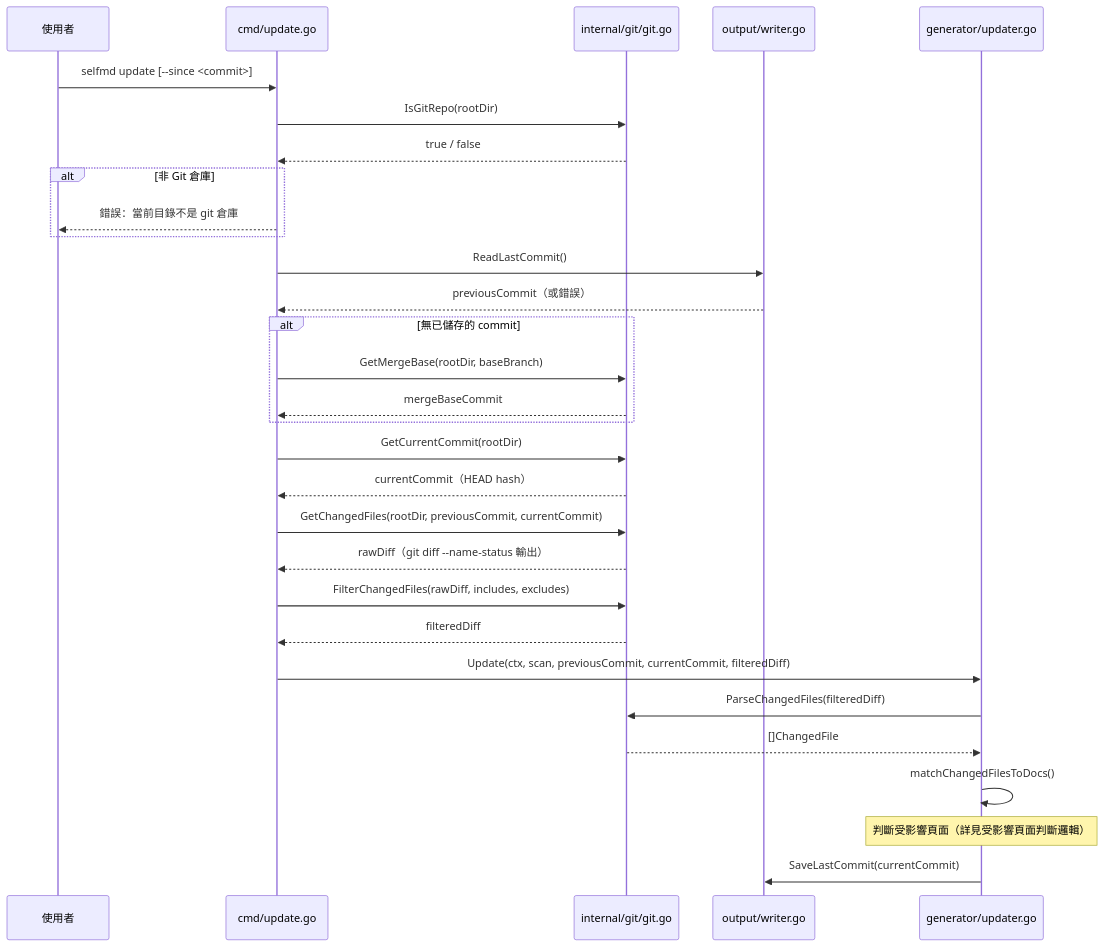
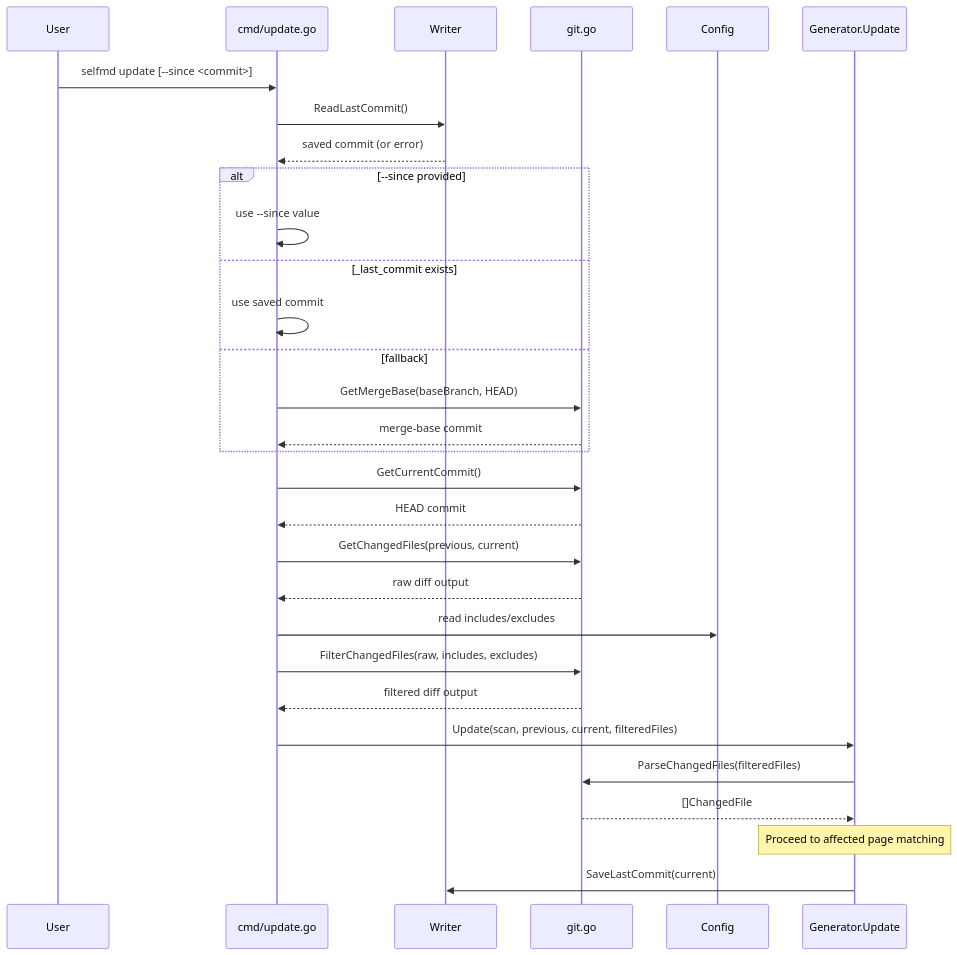
One commit to monkenWu/selfmd-claude-code changed the third of 3 diagrams in docs/git-integration/change-detection/index.md. Above: the diagram before and after it, drawn with Mermaid. The commit also changed other lines of this file and 145 other files, not shown here.

````diff
--- a/docs/git-integration/change-detection/index.md
+++ b/docs/git-integration/change-detection/index.md
@@ -250,42 +241,33 @@
 ```mermaid
 sequenceDiagram
-    participant User as 使用者
+    participant User
     participant UpdateCmd as cmd/update.go
-    participant Git as internal/git/git.go
-    participant Writer as output/writer.go
-    participant Updater as generator/updater.go
+    participant Writer as Writer
+    participant Git as git.go
+    participant Config as Config
+    participant Updater as Generator.Update
 
     User->>UpdateCmd: selfmd update [--since <commit>]
-    UpdateCmd->>Git: IsGitRepo(rootDir)
-    Git-->>UpdateCmd: true / false
-
-    alt 非 Git 倉庫
-        UpdateCmd-->>User: 錯誤：當前目錄不是 git 倉庫
+    UpdateCmd->>Writer: ReadLastCommit()
+    Writer-->>UpdateCmd: saved commit (or error)
+    alt --since provided
+        UpdateCmd->>UpdateCmd: use --since value
+    else _last_commit exists
+        UpdateCmd->>UpdateCmd: use saved commit
+    else fallback
+        UpdateCmd->>Git: GetMergeBase(baseBranch, HEAD)
+        Git-->>UpdateCmd: merge-base commit
     end
-
-    UpdateCmd->>Writer: ReadLastCommit()
-    Writer-->>UpdateCmd: previousCommit（或錯誤）
-
-    alt 無已儲存的 commit
-        UpdateCmd->>Git: GetMergeBase(rootDir, baseBranch)
-        Git-->>UpdateCmd: mergeBaseCommit
-    end
-
-    UpdateCmd->>Git: GetCurrentCommit(rootDir)
-    Git-->>UpdateCmd: currentCommit（HEAD hash）
-
-    UpdateCmd->>Git: GetChangedFiles(rootDir, previousCommit, currentCommit)
-    Git-->>UpdateCmd: rawDiff（git diff --name-status 輸出）
-
-    UpdateCmd->>Git: FilterChangedFiles(rawDiff, includes, excludes)
-    Git-->>UpdateCmd: filteredDiff
-
-    UpdateCmd->>Updater: Update(ctx, scan, previousCommit, currentCommit, filteredDiff)
-    Updater->>Git: ParseChangedFiles(filteredDiff)
+    UpdateCmd->>Git: GetCurrentCommit()
+    Git-->>UpdateCmd: HEAD commit
+    UpdateCmd->>Git: GetChangedFiles(previous, current)
+    Git-->>UpdateCmd: raw diff output
+    UpdateCmd->>Config: read includes/excludes
+    UpdateCmd->>Git: FilterChangedFiles(raw, includes, excludes)
+    Git-->>UpdateCmd: filtered diff output
+    UpdateCmd->>Updater: Update(scan, previous, current, filteredFiles)
+    Updater->>Git: ParseChangedFiles(filteredFiles)
     Git-->>Updater: []ChangedFile
-
-    Updater->>Updater: matchChangedFilesToDocs()
-    Note over Updater: 判斷受影響頁面（詳見受影響頁面判斷邏輯）
-
-    Updater->>Writer: SaveLastCommit(currentCommit)
+    Note over Updater: Proceed to affected page matching
+    Updater->>Writer: SaveLastCommit(current)
 ```
````
